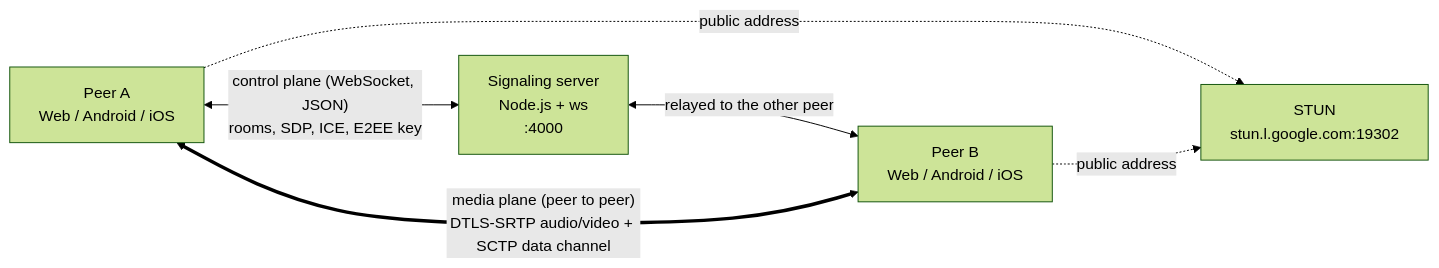
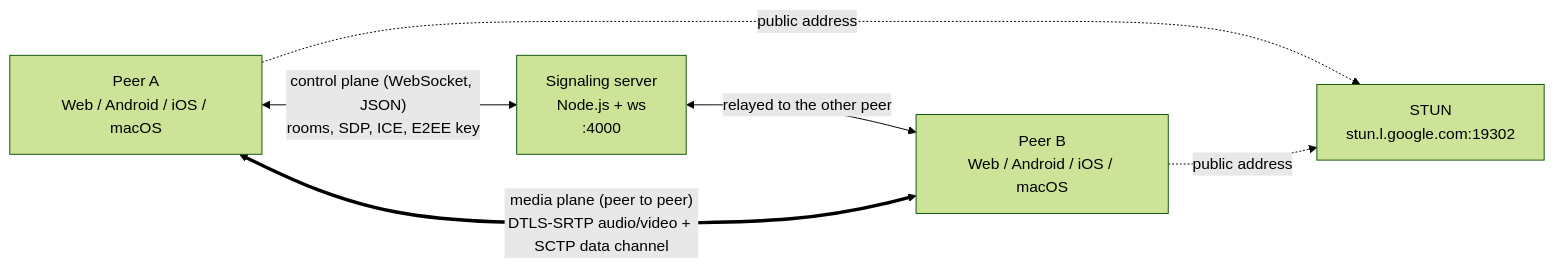
Before and after one commit to maitrungduc1410/WebRTC-Demo: the first of 24 diagrams in ARCHITECTURE.md, drawn with Mermaid (forest theme). The commit also changed other lines of this file and 75 other files, not shown here.

````diff
--- a/ARCHITECTURE.md
+++ b/ARCHITECTURE.md
@@ -26,13 +27,13 @@
 ```mermaid
 flowchart LR
-    A["Peer A<br/>Web / Android / iOS"]
+    A["Peer A<br/>Web / Android / iOS / macOS"]
     S["Signaling server<br/>Node.js + ws<br/>:4000"]
-    B["Peer B<br/>Web / Android / iOS"]
+    B["Peer B<br/>Web / Android / iOS / macOS"]
     STUN["STUN<br/>stun.l.google.com:19302"]
 
     A <-- "control plane (WebSocket, JSON)<br/>rooms, SDP, ICE, E2EE key" --> S
     S <-- "relayed to the other peer" --> B
     A <== "media plane (peer to peer)<br/>DTLS-SRTP audio/video + SCTP data channel" ==> B
     A -. "public address" .-> STUN
     B -. "public address" .-> STUN
 ```
````
